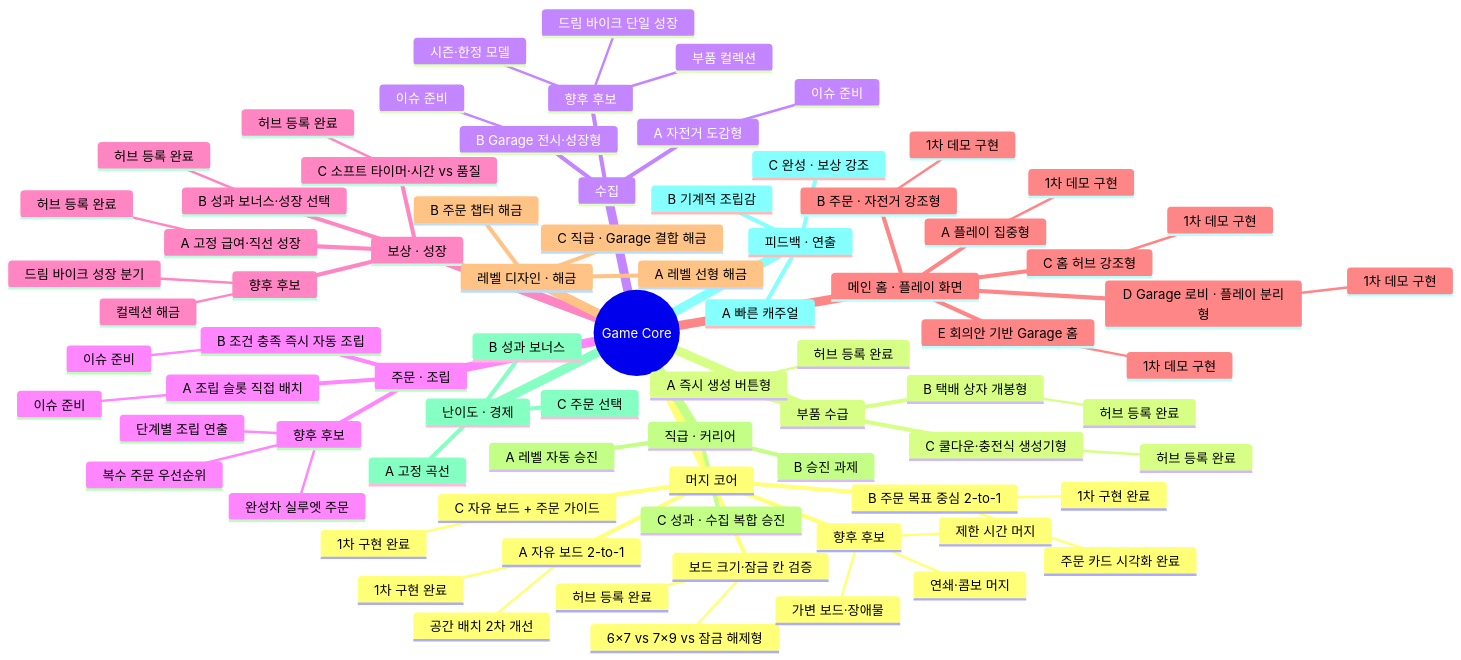
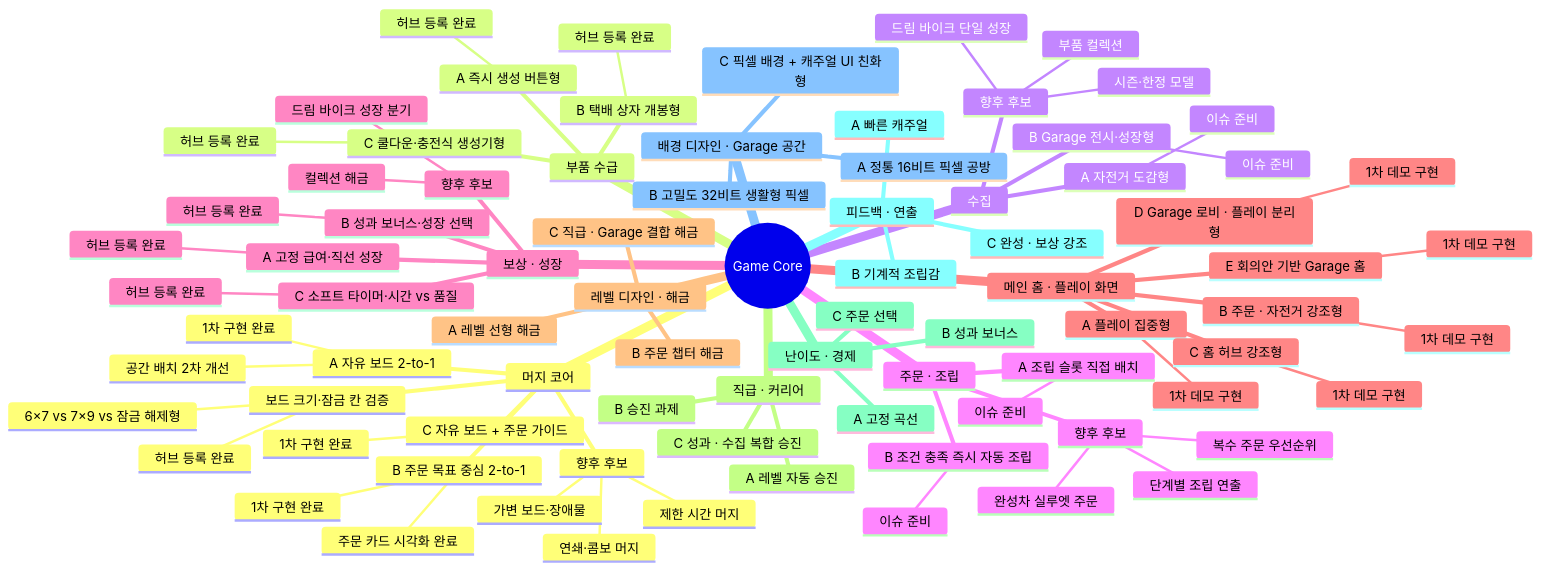
One commit to aigemro/dream-bike-garage-lab changed the second of 4 diagrams in docs/LAB_PROTOTYPE_MAP.md. Above: the diagram before and after it, drawn with Mermaid. The commit also changed other lines of this file and 9 other files, not shown here.

````diff
--- a/docs/LAB_PROTOTYPE_MAP.md
+++ b/docs/LAB_PROTOTYPE_MAP.md
@@ -122,4 +123,8 @@
       A 빠른 캐주얼
       B 기계적 조립감
       C 완성 · 보상 강조
+    배경 디자인 · Garage 공간
+      A 정통 16비트 픽셀 공방
+      B 고밀도 32비트 생활형 픽셀
+      C 픽셀 배경 + 캐주얼 UI 친화형
 ```
````
